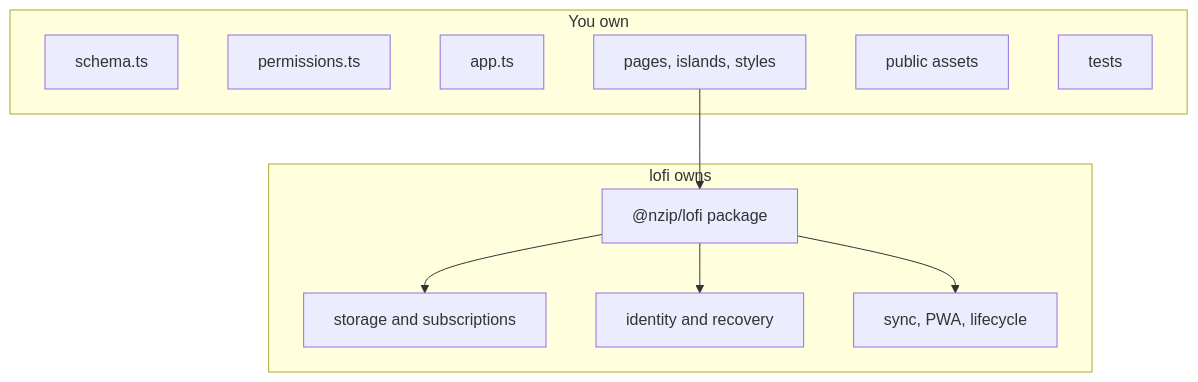
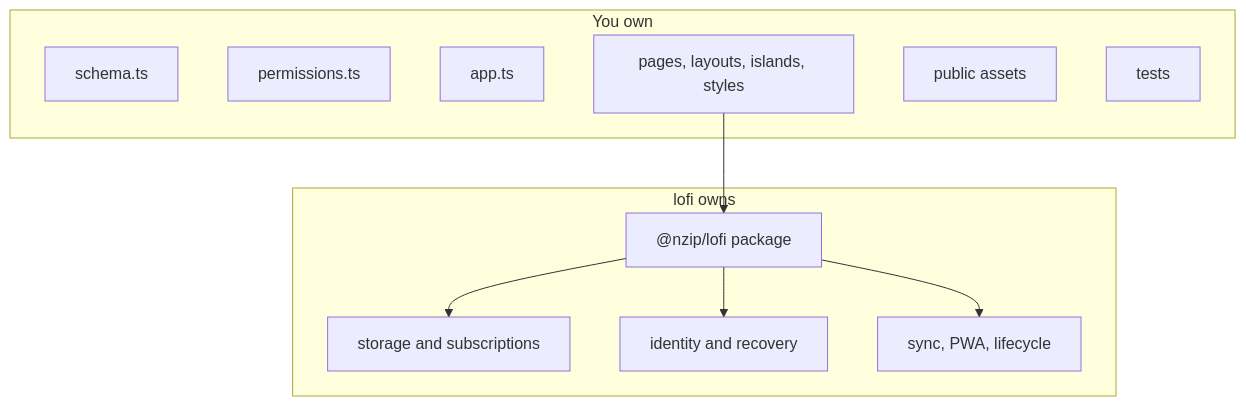
One commit to FelineStateMachine/lofi changed the second of 2 diagrams in docs/README.md. Above: the diagram before and after it, drawn with Mermaid. The commit also changed other lines of this file and 39 other files, not shown here.

````diff
--- a/docs/README.md
+++ b/docs/README.md
@@ -50,23 +50,23 @@
 ```mermaid
 flowchart TB
     subgraph Author["You own"]
         Schema["schema.ts"]
         Permissions["permissions.ts"]
         App["app.ts"]
-        UI["pages, islands, styles"]
+        UI["pages, layouts, islands, styles"]
         Public["public assets"]
         Tests["tests"]
     end
 
     subgraph Framework["lofi owns"]
         Runtime["@nzip/lofi package"]
         Storage["storage and subscriptions"]
         Identity["identity and recovery"]
         Lifecycle["sync, PWA, lifecycle"]
     end
 
     UI --> Runtime
     Runtime --> Storage
     Runtime --> Identity
     Runtime --> Lifecycle
 ```
````
